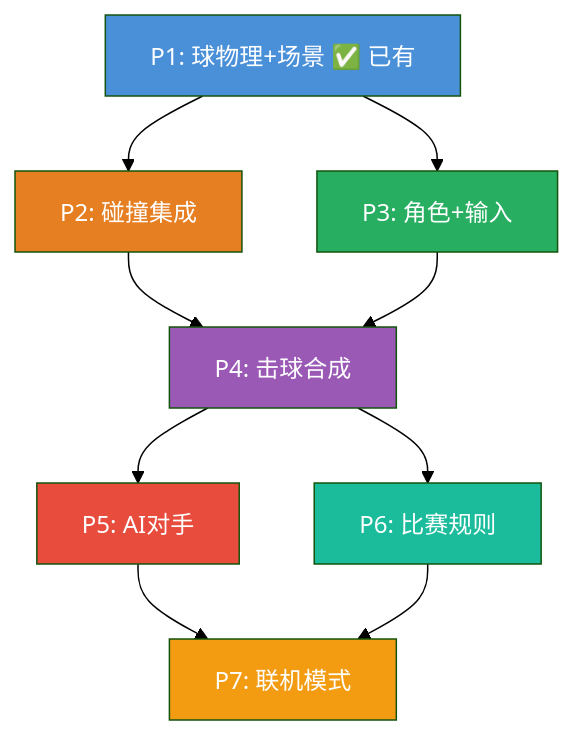
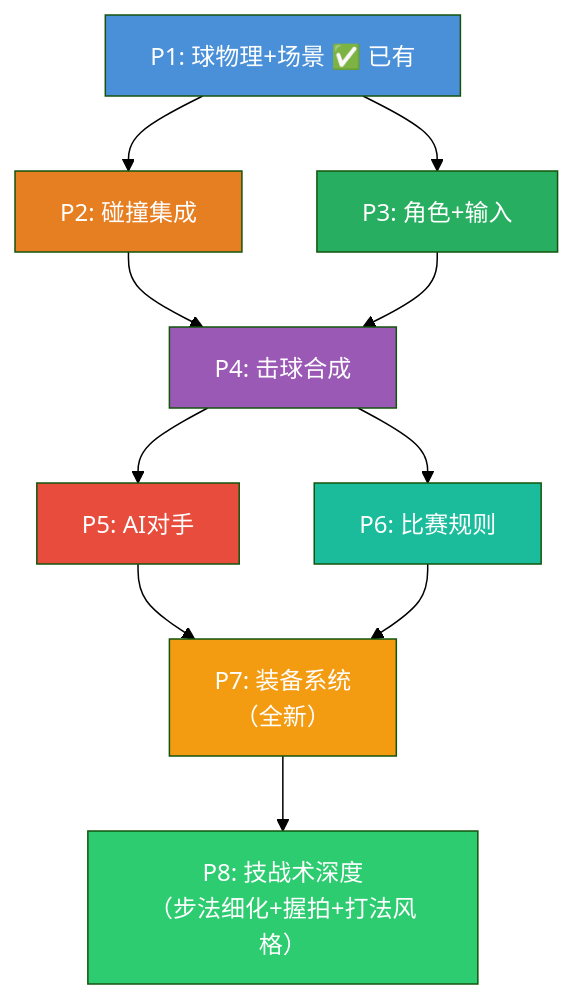
The fifth of 5 diagrams in docs/architecture.md (mizy/badminton-web), drawn with Mermaid (forest theme) before and after one commit. The commit also changed other lines of this file and 17 other files, not shown here.

First line of the commit message:
feat: 球员比例缩小/连贯对打修复/C键视角切换+截图脚本

````diff
--- a/docs/architecture.md
+++ b/docs/architecture.md
@@ -419,19 +411,21 @@
 ```mermaid
 graph TD
     P1["P1: 球物理+场景 ✅ 已有"] --> P2["P2: 碰撞集成"]
     P1 --> P3["P3: 角色+输入"]
     P2 --> P4["P4: 击球合成"]
     P3 --> P4
     P4 --> P5["P5: AI对手"]
     P4 --> P6["P6: 比赛规则"]
-    P5 --> P7["P7: 联机模式"]
+    P5 --> P7["P7: 装备系统\n（全新）"]
     P6 --> P7
+    P7 --> P8["P8: 技战术深度\n（步法细化+握拍+打法风格）"]
 
     style P1 fill:#4a90d9,color:#fff
     style P2 fill:#e67e22,color:#fff
     style P3 fill:#27ae60,color:#fff
     style P4 fill:#9b59b6,color:#fff
     style P5 fill:#e74c3c,color:#fff
     style P6 fill:#1abc9c,color:#fff
     style P7 fill:#f39c12,color:#fff
+    style P8 fill:#2ecc71,color:#fff
 ```
````
